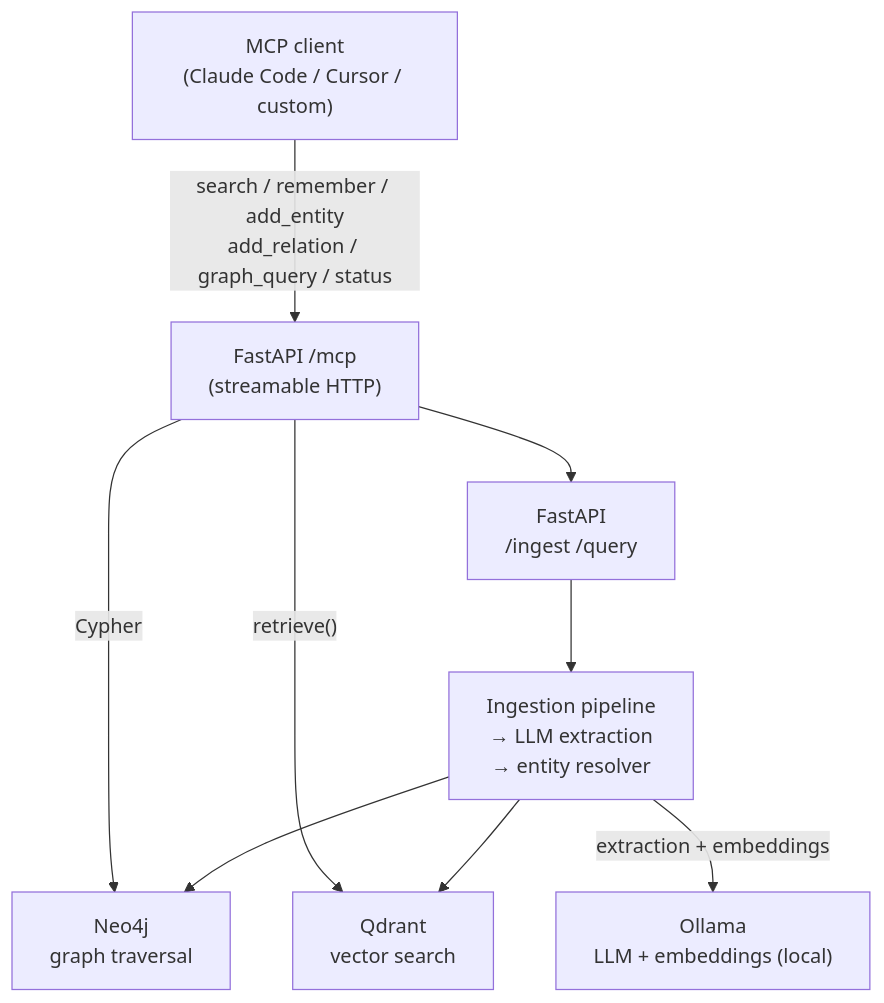
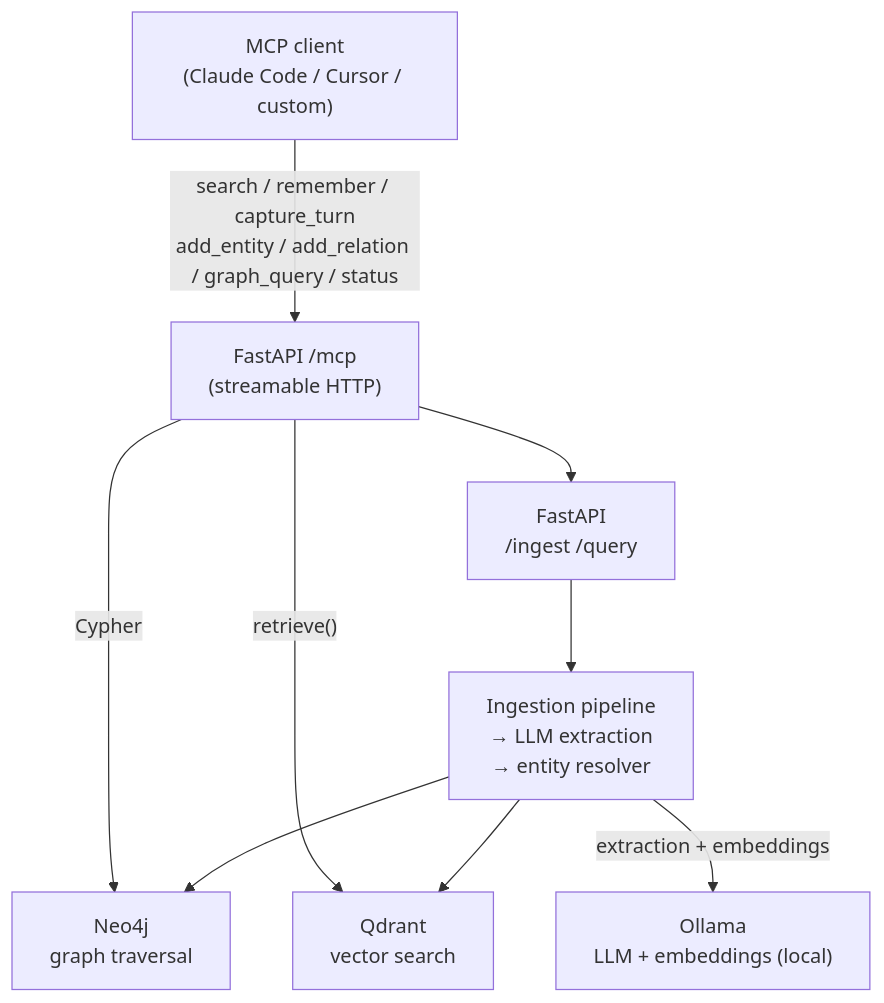
Before and after one commit to ben-kahl/landscape: the diagram in README.md, drawn with Mermaid. The commit also changed other lines of this file and 2 other files, not shown here.

Commit message:
docs: describe mcp auto-ingestion behavior

````diff
--- a/README.md
+++ b/README.md
@@ -42,19 +42,19 @@
 ```mermaid
 graph TD
     Client["MCP client\n(Claude Code / Cursor / custom)"]
     MCP["FastAPI /mcp\n(streamable HTTP)"]
     API["FastAPI\n/ingest  /query"]
     Pipeline["Ingestion pipeline\n→ LLM extraction\n→ entity resolver"]
     Neo4j["Neo4j\ngraph traversal"]
     Qdrant["Qdrant\nvector search"]
     Ollama["Ollama\nLLM + embeddings (local)"]
 
-    Client -->|"search / remember / add_entity\nadd_relation / graph_query / status"| MCP
+    Client -->|"search / remember / capture_turn\nadd_entity / add_relation / graph_query / status"| MCP
     MCP --> API
     API --> Pipeline
     Pipeline --> Neo4j
     Pipeline --> Qdrant
     Pipeline -->|"extraction + embeddings"| Ollama
     MCP -->|"retrieve()"| Qdrant
     MCP -->|"Cypher"| Neo4j
 ```
````
